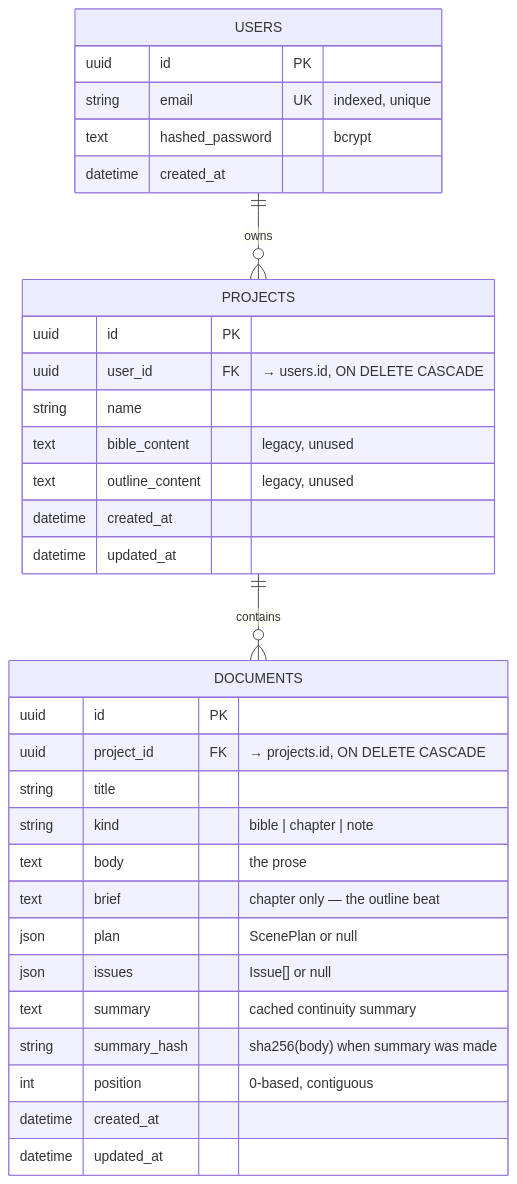
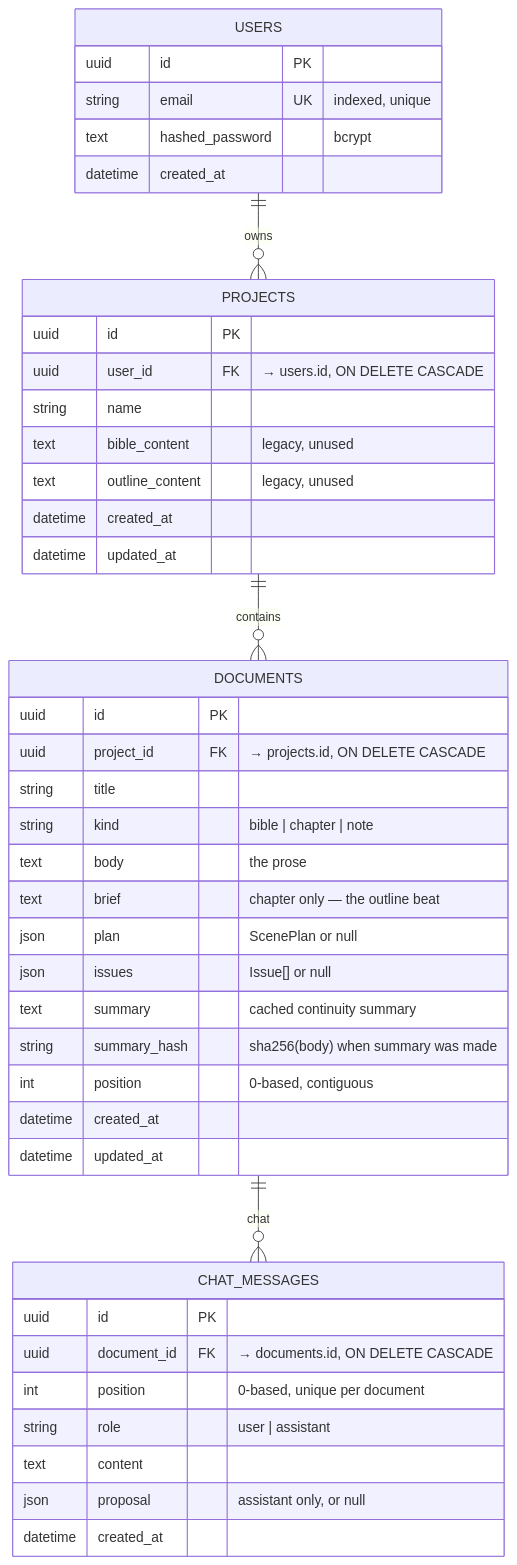
One commit to Akazz-L/maya changed the first of 3 diagrams in docs/diagrams/02-backend-data-model.md. Above: the diagram before and after it, drawn with Mermaid. The commit also changed other lines of this file and 52 other files, not shown here.

First line of the commit message:
feat: optional planning with a per-chapter chat that drafts and edits (#15)

````diff
--- a/docs/diagrams/02-backend-data-model.md
+++ b/docs/diagrams/02-backend-data-model.md
@@ -7,38 +7,49 @@
 ```mermaid
 erDiagram
     USERS ||--o{ PROJECTS : owns
     PROJECTS ||--o{ DOCUMENTS : contains
+    DOCUMENTS ||--o{ CHAT_MESSAGES : "chat"
 
     USERS {
         uuid id PK
         string email UK "indexed, unique"
         text hashed_password "bcrypt"
         datetime created_at
     }
 
     PROJECTS {
         uuid id PK
         uuid user_id FK "→ users.id, ON DELETE CASCADE"
         string name
         text bible_content "legacy, unused"
         text outline_content "legacy, unused"
         datetime created_at
         datetime updated_at
     }
 
     DOCUMENTS {
         uuid id PK
         uuid project_id FK "→ projects.id, ON DELETE CASCADE"
         string title
         string kind "bible | chapter | note"
         text body "the prose"
         text brief "chapter only — the outline beat"
         json plan "ScenePlan or null"
         json issues "Issue[] or null"
         text summary "cached continuity summary"
         string summary_hash "sha256(body) when summary was made"
         int position "0-based, contiguous"
         datetime created_at
         datetime updated_at
     }
+
+    CHAT_MESSAGES {
+        uuid id PK
+        uuid document_id FK "→ documents.id, ON DELETE CASCADE"
+        int position "0-based, unique per document"
+        string role "user | assistant"
+        text content
+        json proposal "assistant only, or null"
+        datetime created_at
+    }
 ```
````
